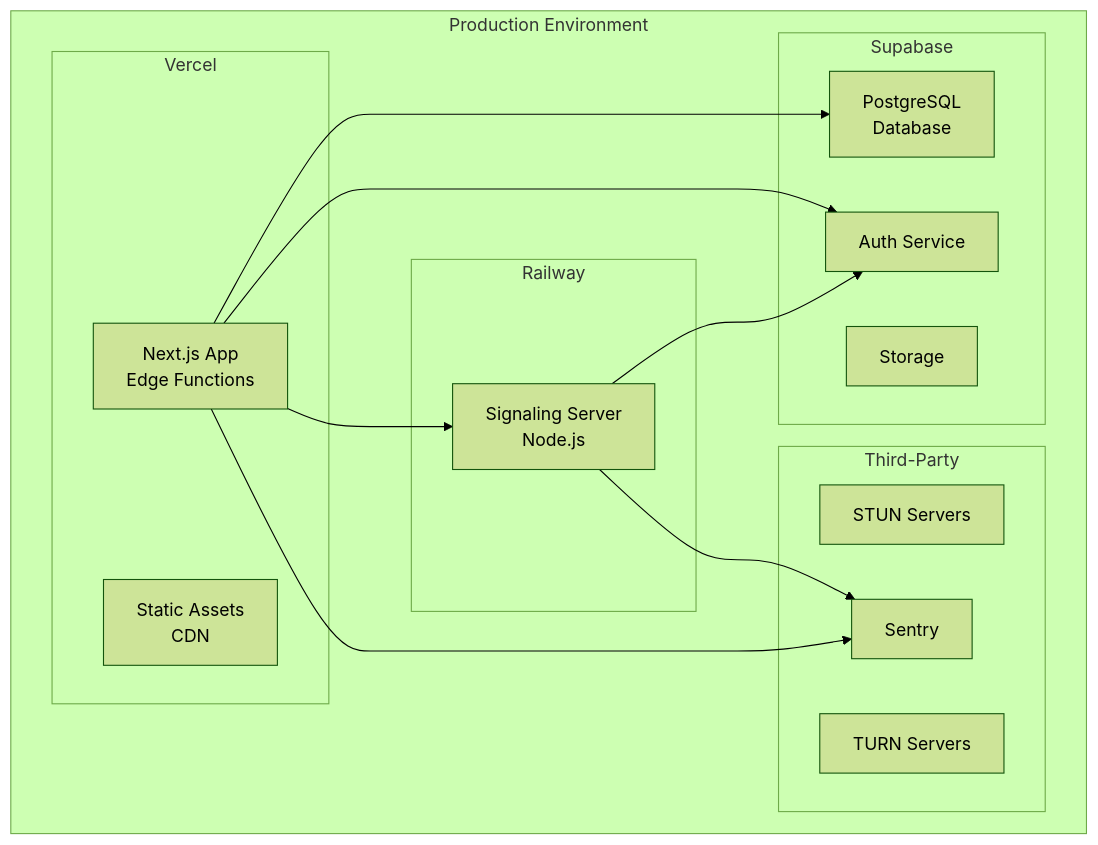
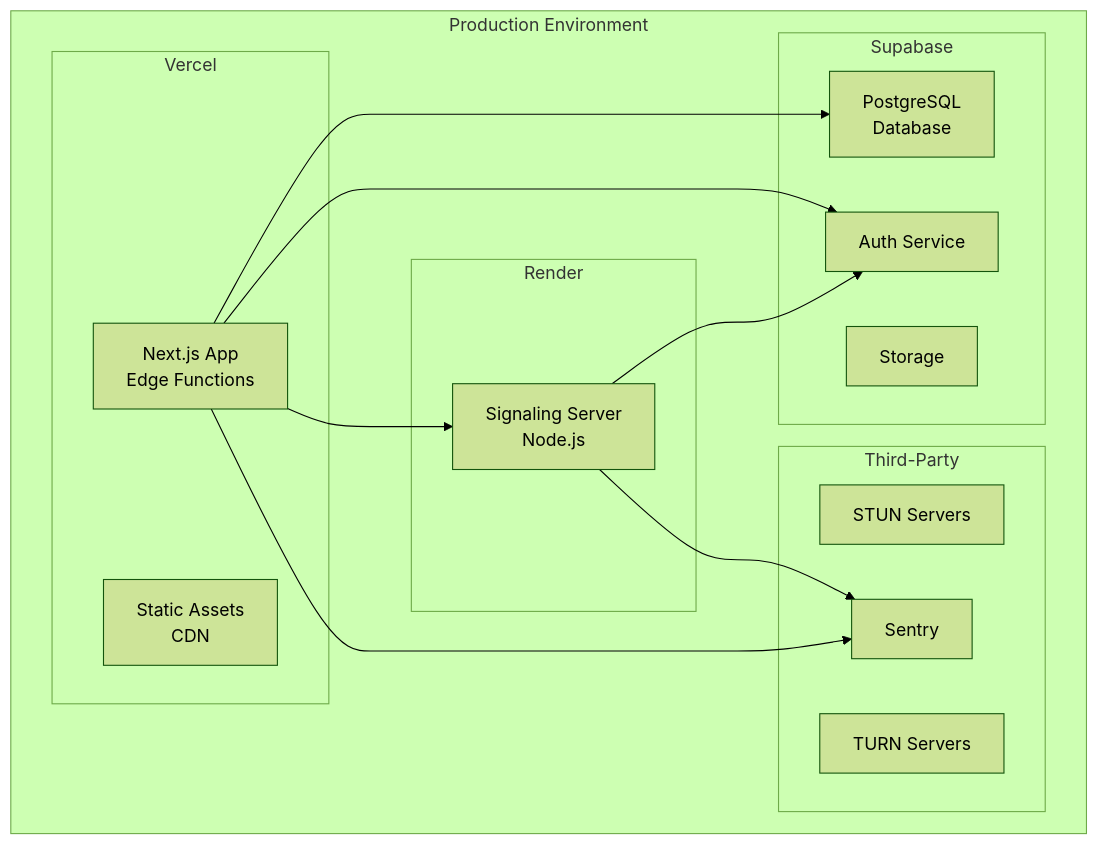
The fourth of 5 diagrams in docs/architecture/OVERVIEW.md (GIRISHRV/HyperLink), drawn with Mermaid (forest theme) before and after one commit. The commit also changed other lines of this file and 39 other files, not shown here.

````diff
--- a/docs/architecture/OVERVIEW.md
+++ b/docs/architecture/OVERVIEW.md
@@ -382,32 +382,32 @@
 ```mermaid
 graph TB
     subgraph "Production Environment"
         subgraph "Vercel"
             V1[Next.js App<br/>Edge Functions]
             V2[Static Assets<br/>CDN]
         end
 
-        subgraph "Railway"
+        subgraph "Render"
             R1[Signaling Server<br/>Node.js]
         end
 
         subgraph "Supabase"
             S1[PostgreSQL<br/>Database]
             S2[Auth Service]
             S3[Storage]
         end
 
         subgraph "Third-Party"
             T1[STUN Servers]
             T2[TURN Servers]
             T3[Sentry]
         end
     end
 
     V1 --> S1
     V1 --> S2
     V1 --> R1
     V1 --> T3
     R1 --> S2
     R1 --> T3
 ```
````
